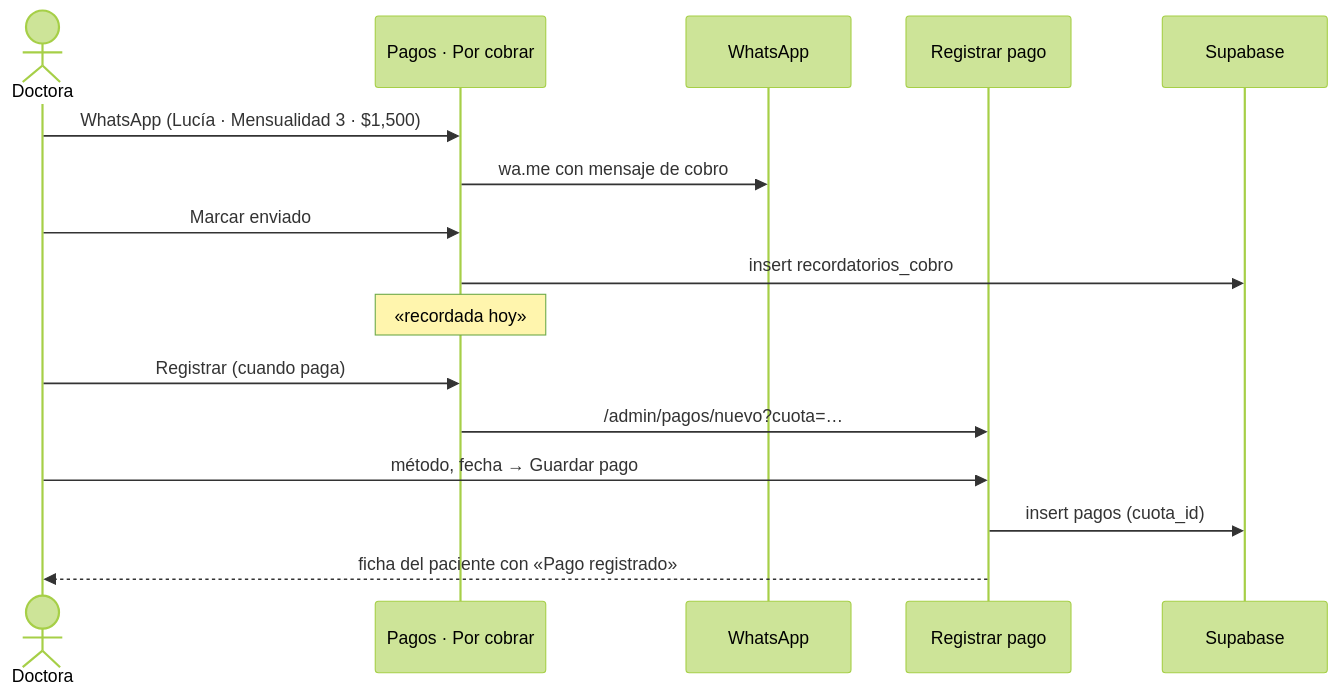
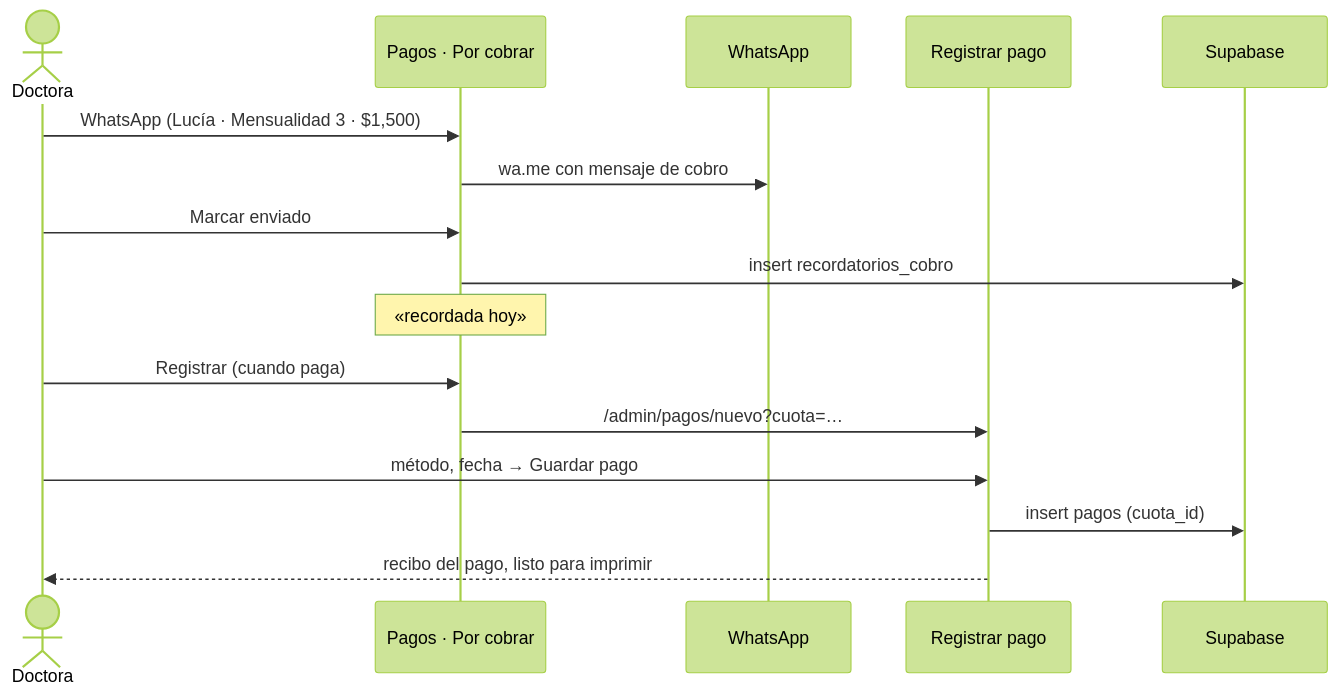
One commit to Chrisburg22/CBPG_landing_page changed the diagram in docs/panel/pagos.md. Above: the diagram before and after it, drawn with Mermaid (forest theme). The commit also changed other lines of this file and 12 other files, not shown here.

First line of the commit message:
Generar un recibo imprimible por cada pago

````diff
--- a/docs/panel/pagos.md
+++ b/docs/panel/pagos.md
@@ -17,18 +17,18 @@
 ```mermaid
 sequenceDiagram
   actor D as Doctora
   participant P as Pagos · Por cobrar
   participant W as WhatsApp
   participant F as Registrar pago
   participant DB as Supabase
   D->>P: WhatsApp (Lucía · Mensualidad 3 · $1,500)
   P->>W: wa.me con mensaje de cobro
   D->>P: Marcar enviado
   P->>DB: insert recordatorios_cobro
   Note over P: «recordada hoy»
   D->>P: Registrar (cuando paga)
   P->>F: /admin/pagos/nuevo?cuota=…
   D->>F: método, fecha → Guardar pago
   F->>DB: insert pagos (cuota_id)
-  F-->>D: ficha del paciente con «Pago registrado»
+  F-->>D: recibo del pago, listo para imprimir
 ```
````
